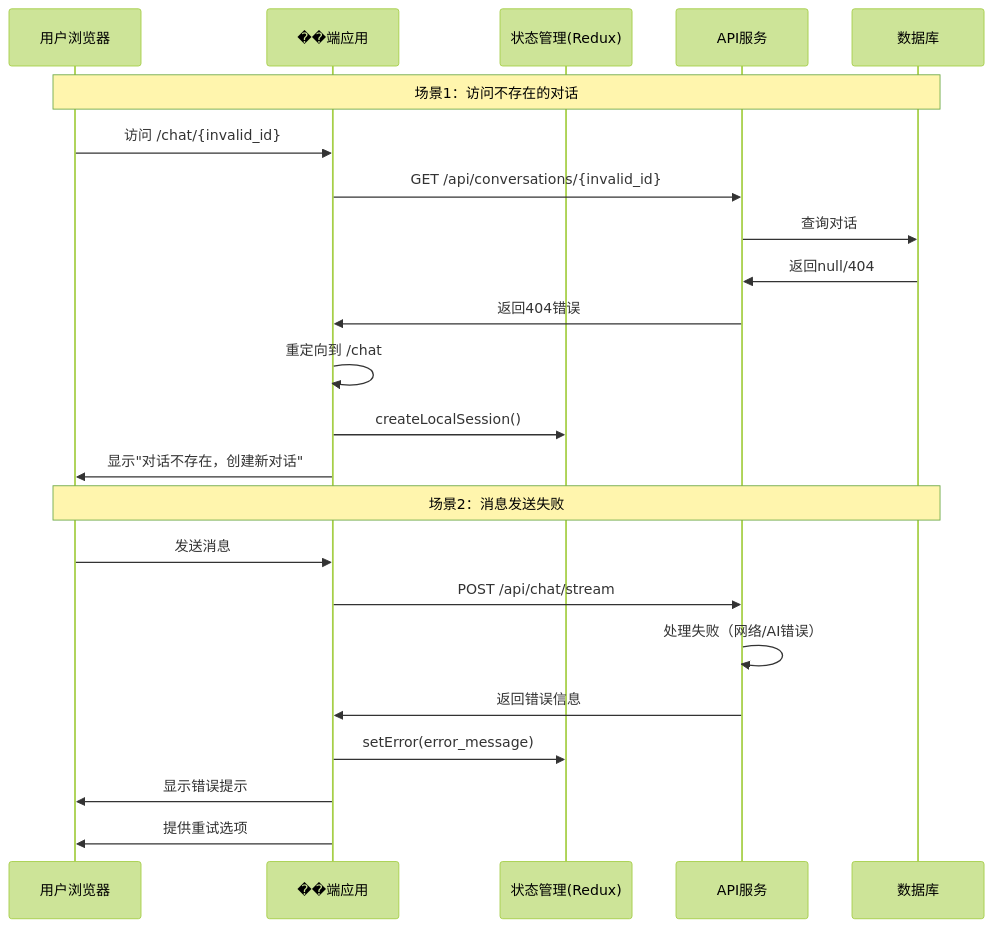
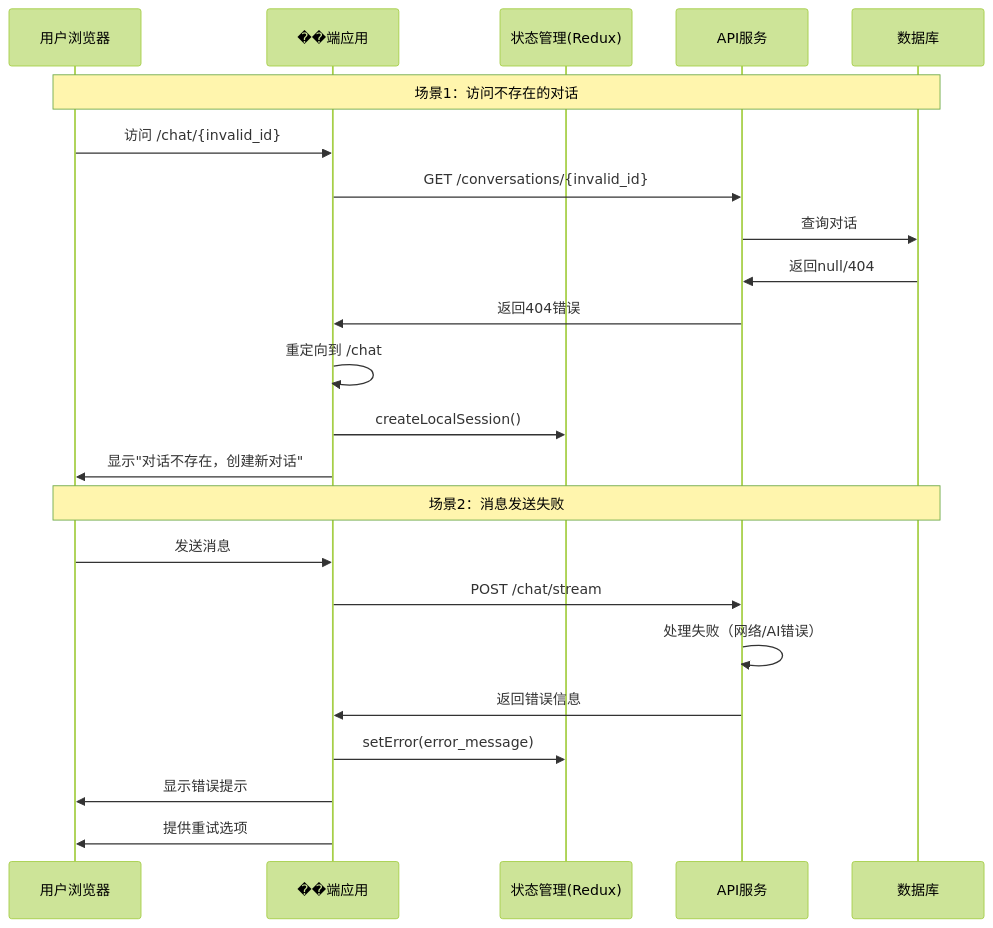
One commit to wuhonglei/chat-agent changed the third of 3 diagrams in frontend/docs/conversation.md. Above: the diagram before and after it, drawn with Mermaid (forest theme). The commit also changed other lines of this file and 6 other files, not shown here.

````diff
--- a/frontend/docs/conversation.md
+++ b/frontend/docs/conversation.md
@@ -266,29 +266,29 @@
 ```mermaid
 sequenceDiagram
     participant U as 用户浏览器
     participant F as ��端应用
     participant S as 状态管理(Redux)
     participant A as API服务
     participant DB as 数据库
 
     Note over U,DB: 场景1：访问不存在的对话
 
     U->>F: 访问 /chat/{invalid_id}
-    F->>A: GET /api/conversations/{invalid_id}
+    F->>A: GET /conversations/{invalid_id}
     A->>DB: 查询对话
     DB->>A: 返回null/404
     A->>F: 返回404错误
     F->>F: 重定向到 /chat
     F->>S: createLocalSession()
     F->>U: 显示"对话不存在，创建新对话"
 
     Note over U,DB: 场景2：消息发送失败
 
     U->>F: 发送消息
-    F->>A: POST /api/chat/stream
+    F->>A: POST /chat/stream
     A->>A: 处理失败（网络/AI错误）
     A->>F: 返回错误信息
     F->>S: setError(error_message)
     F->>U: 显示错误提示
     F->>U: 提供重试选项
 ```
````
